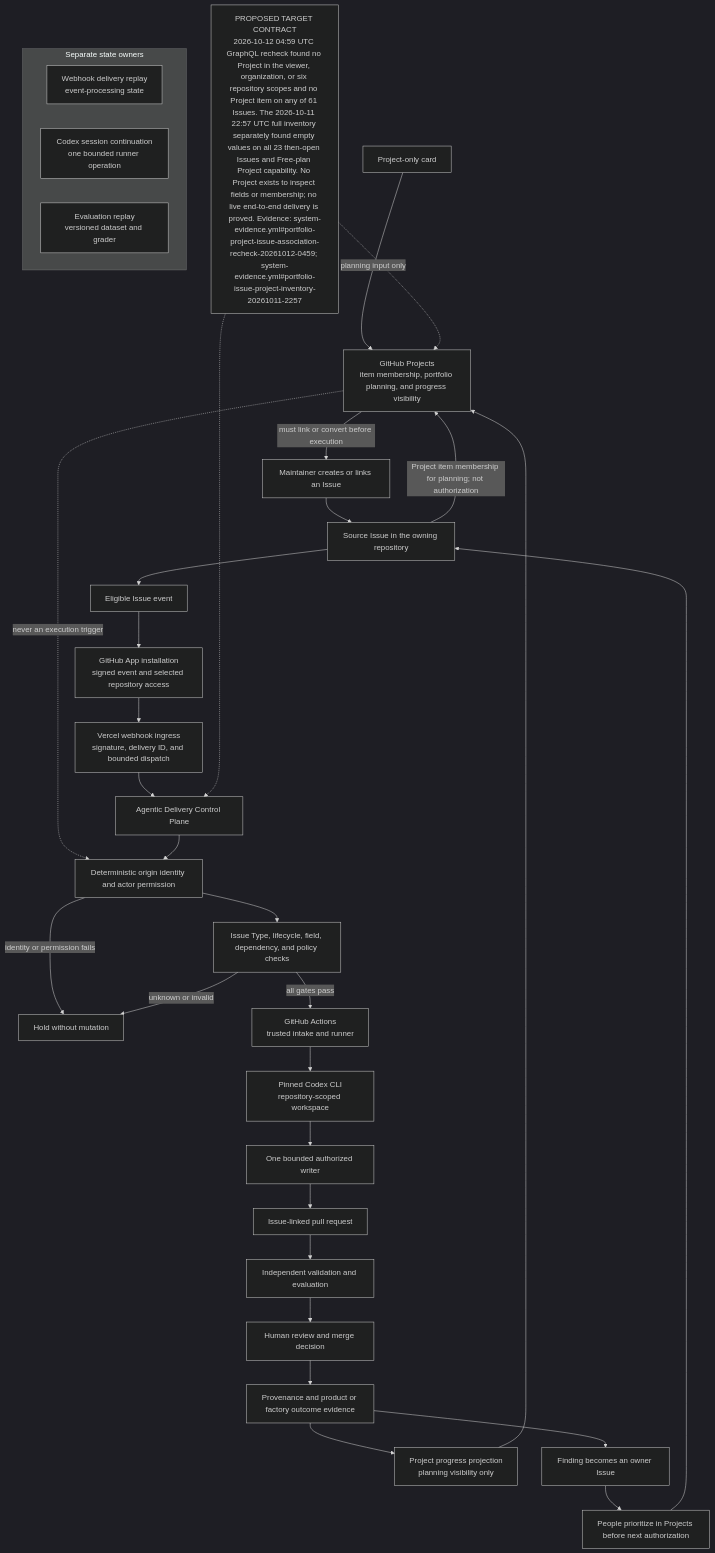
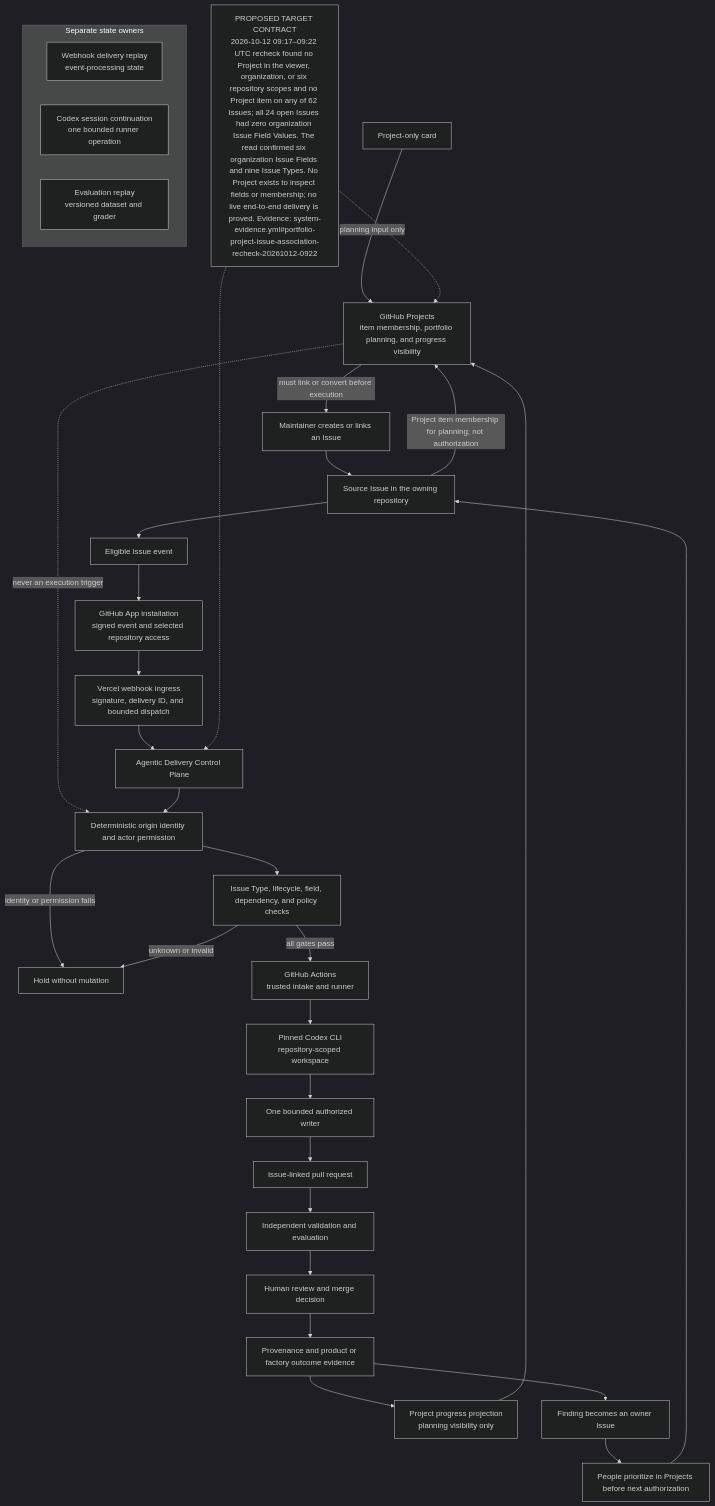
One commit to agentic-delivery-lab/agentic-delivery-architecture changed the diagram in architecture/diagrams/mermaid/project-issue-lifecycle.mmd. Above: the diagram before and after it, drawn with Mermaid (dark theme). The commit also changed 19 other files, not shown here.

Commit message:
docs(architecture): refresh portfolio audit evidence

```diff
--- a/architecture/diagrams/mermaid/project-issue-lifecycle.mmd
+++ b/architecture/diagrams/mermaid/project-issue-lifecycle.mmd
@@ -1,43 +1,43 @@
 flowchart TD
-  STATUS["PROPOSED TARGET CONTRACT<br/>2026-10-12 04:59 UTC GraphQL recheck found no Project in the viewer, organization, or six repository scopes and no Project item on any of 61 Issues. The 2026-10-11 22:57 UTC full inventory separately found empty values on all 23 then-open Issues and Free-plan Project capability. No Project exists to inspect fields or membership; no live end-to-end delivery is proved. Evidence: system-evidence.yml#portfolio-project-issue-association-recheck-20261012-0459; system-evidence.yml#portfolio-issue-project-inventory-20261011-2257"]
+  STATUS["PROPOSED TARGET CONTRACT<br/>2026-10-12 09:17–09:22 UTC recheck found no Project in the viewer, organization, or six repository scopes and no Project item on any of 62 Issues; all 24 open Issues had zero organization Issue Field Values. The read confirmed six organization Issue Fields and nine Issue Types. No Project exists to inspect fields or membership; no live end-to-end delivery is proved. Evidence: system-evidence.yml#portfolio-project-issue-association-recheck-20261012-0922"]
   PROJECT["GitHub Projects<br/>item membership, portfolio planning, and progress visibility"]
   CARD["Project-only card"]
   HUMAN["Maintainer creates or links an Issue"]
   ISSUE["Source Issue in the owning repository"]
   EVENT["Eligible Issue event"]
   APP["GitHub App installation<br/>signed event and selected repository access"]
   INGRESS["Vercel webhook ingress<br/>signature, delivery ID, and bounded dispatch"]
   CONTROL["Agentic Delivery Control Plane"]
   IDENTITY["Deterministic origin identity and actor permission"]
   CONTRACT["Issue Type, lifecycle, field, dependency, and policy checks"]
   HOLD["Hold without mutation"]
   WRITER["One bounded authorized writer"]
   ACTIONS["GitHub Actions<br/>trusted intake and runner"]
   CODEX["Pinned Codex CLI<br/>repository-scoped workspace"]
   PR["Issue-linked pull request"]
   REVIEW["Independent validation and evaluation"]
   MERGE["Human review and merge decision"]
   EVIDENCE["Provenance and product or factory outcome evidence"]
   PROGRESS["Project progress projection<br/>planning visibility only"]
   FINDING["Finding becomes an owner Issue"]
   LOOP["People prioritize in Projects before next authorization"]
 
   CARD -->|"planning input only"| PROJECT
   PROJECT -->|"must link or convert before execution"| HUMAN
   HUMAN --> ISSUE
   ISSUE -->|"Project item membership for planning; not authorization"| PROJECT
   PROJECT -. "never an execution trigger" .-> IDENTITY
   ISSUE --> EVENT --> APP --> INGRESS --> CONTROL --> IDENTITY --> CONTRACT
   IDENTITY -->|"identity or permission fails"| HOLD
   CONTRACT -->|"unknown or invalid"| HOLD
   CONTRACT -->|"all gates pass"| ACTIONS --> CODEX --> WRITER --> PR --> REVIEW --> MERGE --> EVIDENCE
   EVIDENCE --> PROGRESS --> PROJECT
   EVIDENCE --> FINDING --> LOOP --> ISSUE
 
   subgraph REPLAY["Separate state owners"]
     WEBHOOK["Webhook delivery replay<br/>event-processing state"]
     SESSION["Codex session continuation<br/>one bounded runner operation"]
     EVALUATION["Evaluation replay<br/>versioned dataset and grader"]
   end
   STATUS -.-> PROJECT
   STATUS -.-> CONTROL
```
